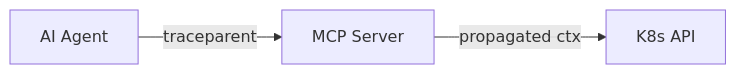
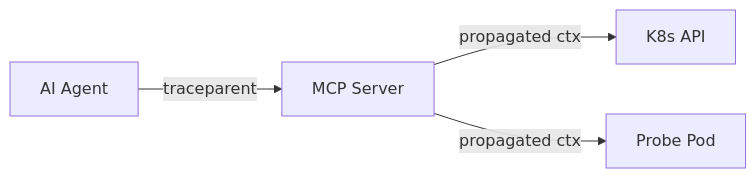
One commit to henrikrexed/mcp-k8s-networking changed the second of 2 diagrams in docs/observability.md. Above: the diagram before and after it, drawn with Mermaid. The commit also changed other lines of this file and 13 other files, not shown here.

````diff
--- a/docs/observability.md
+++ b/docs/observability.md
@@ -53,4 +121,5 @@
 ```mermaid
 flowchart LR
     Agent["AI Agent"] -->|traceparent| MCP["MCP Server"] -->|propagated ctx| K8s["K8s API"]
+    MCP -->|propagated ctx| Probe["Probe Pod"]
 ```
````
